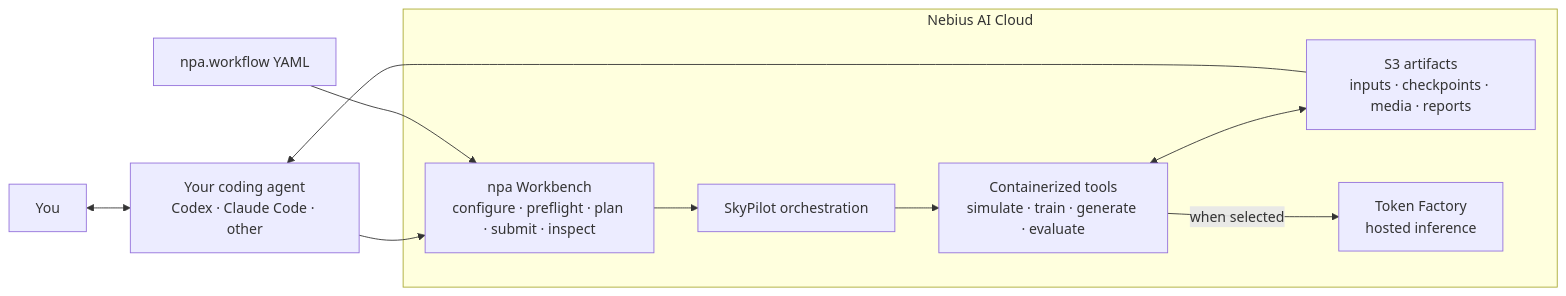
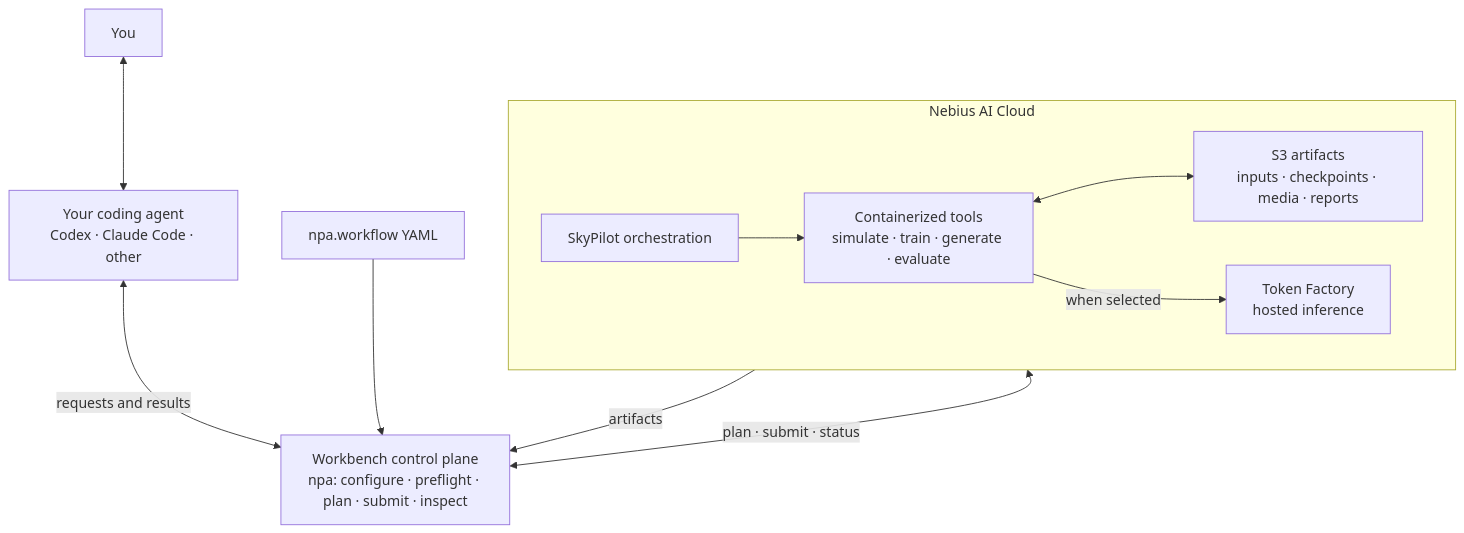
Before and after one commit to nebius/nebius-physical-ai: the diagram in README.md, drawn with Mermaid.

Commit message:
Fix Workbench control-plane diagram boundaries

````diff
--- a/README.md
+++ b/README.md
@@ -37,15 +37,16 @@
 ```mermaid
-flowchart LR
+flowchart TB
     you["You"] <--> agent["Your coding agent<br/>Codex · Claude Code · other"]
-    agent --> npa["npa Workbench<br/>configure · preflight · plan · submit · inspect"]
+    agent <-->|"requests and results"| npa["Workbench control plane<br/>npa: configure · preflight · plan · submit · inspect"]
     spec["npa.workflow YAML"] --> npa
 
     subgraph nebius["Nebius AI Cloud"]
-        npa --> sky["SkyPilot orchestration"]
-        sky --> tools["Containerized tools<br/>simulate · train · generate · evaluate"]
+        direction LR
+        sky["SkyPilot orchestration"] --> tools["Containerized tools<br/>simulate · train · generate · evaluate"]
         tools <--> s3["S3 artifacts<br/>inputs · checkpoints · media · reports"]
         tools -->|"when selected"| tf["Token Factory<br/>hosted inference"]
     end
 
-    s3 --> agent
+    npa <-->|"plan · submit · status"| sky
+    s3 -->|"artifacts"| npa
 ```
````
